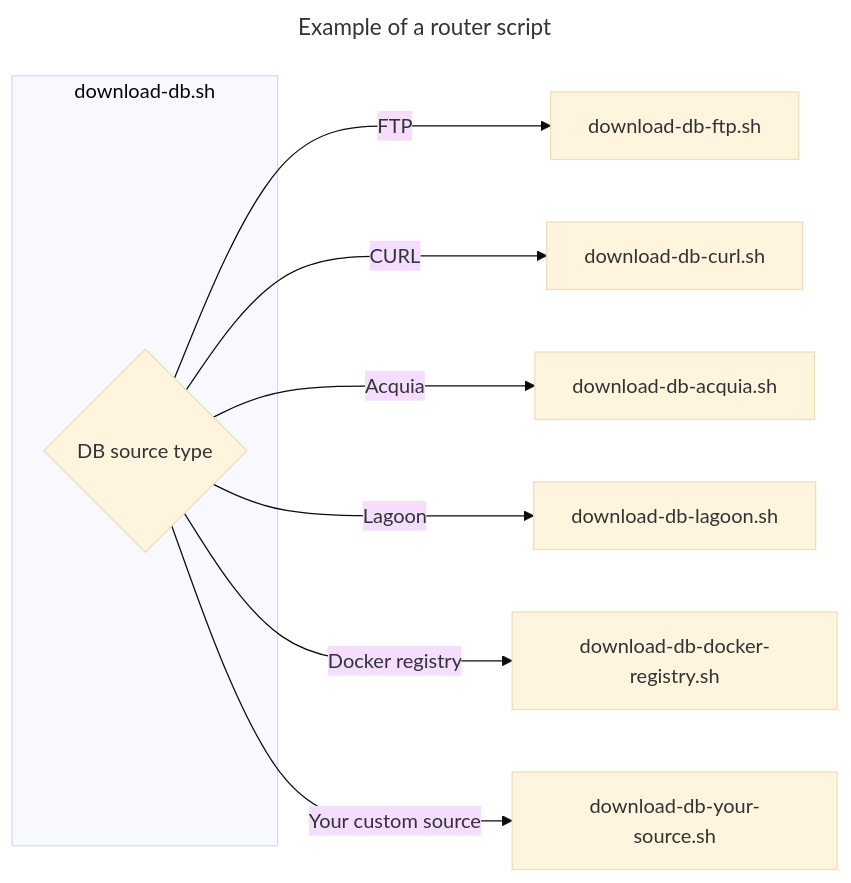
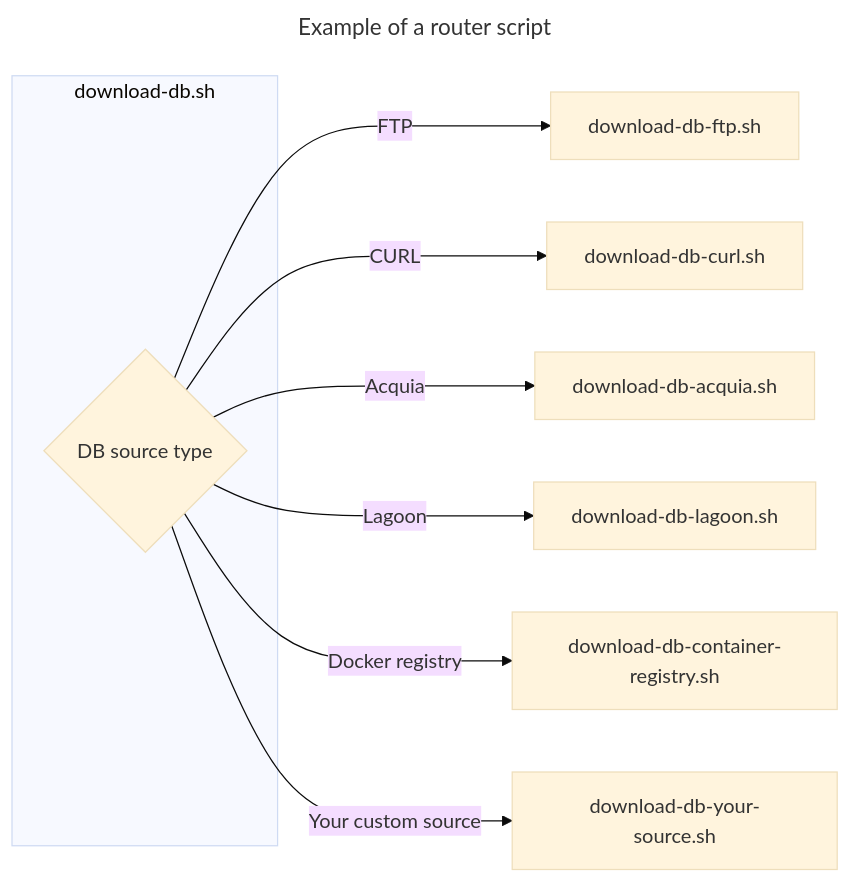
Before and after one commit to drevops/vortex: the second of 2 diagrams in .scaffold/docs/content/getting-started/architecture.mdx, drawn with Mermaid (base theme). The commit also changed 60 other files, not shown here.

````diff
--- a/.scaffold/docs/content/getting-started/architecture.mdx
+++ b/.scaffold/docs/content/getting-started/architecture.mdx
@@ -193,15 +193,15 @@
 ```mermaid
 ---
 title: Example of a router script
 ---
 flowchart LR
     subgraph download-db.sh
         F{DB source type}
     end
     F -- FTP --> G[download-db-ftp.sh]
     F -- CURL --> H[download-db-curl.sh]
     F -- Acquia --> I[download-db-acquia.sh]
     F -- Lagoon --> J[download-db-lagoon.sh]
-    F -- Docker registry --> K[download-db-docker-registry.sh]
+    F -- Docker registry --> K[download-db-container-registry.sh]
     F -- Your custom source --> L[download-db-your-source.sh]
 ```
````
